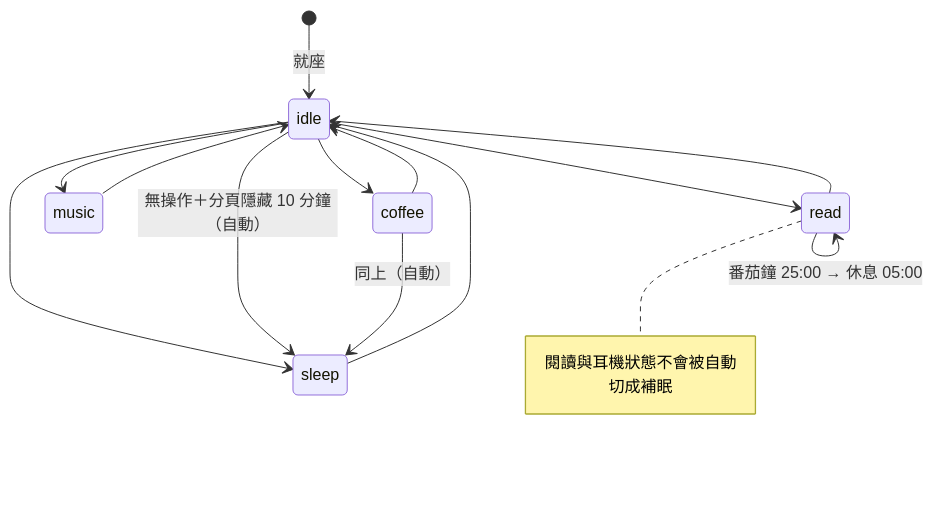
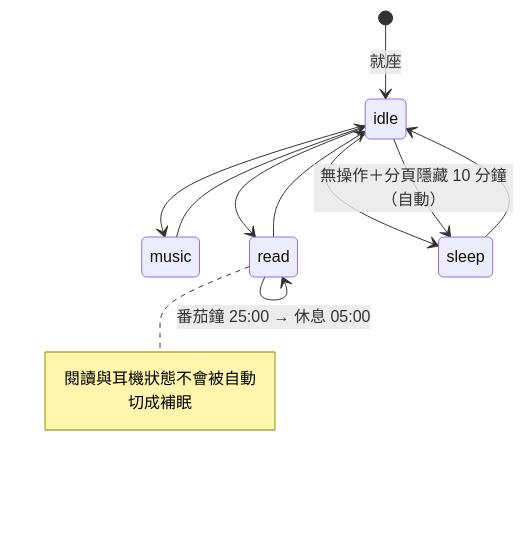
One commit to cindyguo0214/carriage-corner changed the third of 11 diagrams in docs/PRD.md. Above: the diagram before and after it, drawn with Mermaid. The commit also changed other lines of this file and 39 other files, not shown here.

````diff
--- a/docs/PRD.md
+++ b/docs/PRD.md
@@ -550,16 +555,13 @@
 ```mermaid
 stateDiagram-v2
     [*] --> idle: 就座
-    idle --> coffee
     idle --> music
     idle --> read
     idle --> sleep
-    coffee --> idle
     music --> idle
     read --> idle
     sleep --> idle
     idle --> sleep: 無操作＋分頁隱藏 10 分鐘（自動）
-    coffee --> sleep: 同上（自動）
     read --> read: 番茄鐘 25:00 → 休息 05:00
     note right of read: 閱讀與耳機狀態不會被自動切成補眠
 ```
````
